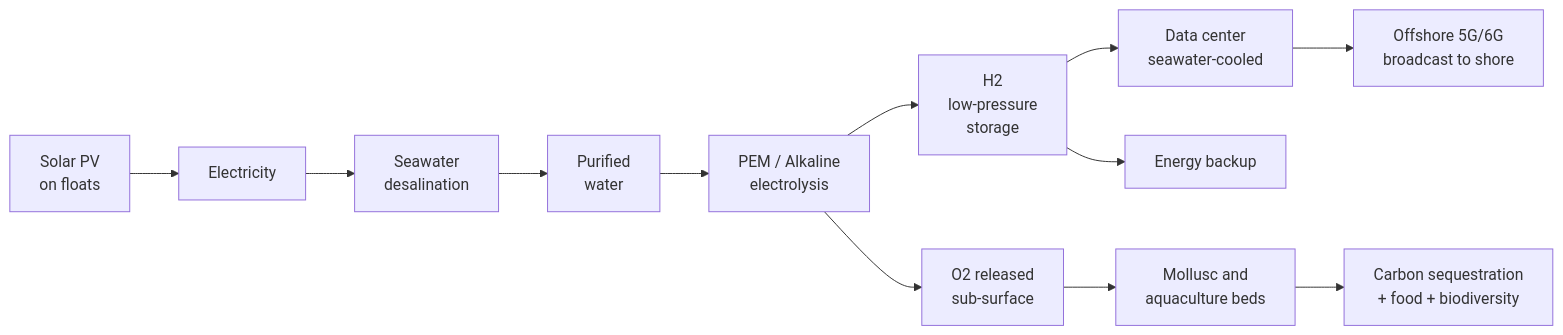
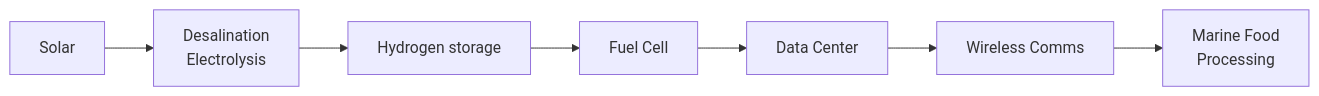
One commit to cesarharada/Floating-Solar-Hydrogen-Data-Center changed the first of 2 diagrams in README.md. Above: the diagram before and after it, drawn with Mermaid. The commit also changed other lines of this file, not shown here.

````diff
--- a/README.md
+++ b/README.md
@@ -102,14 +107,9 @@
 ```mermaid
 flowchart LR
-    A[Solar PV<br/>on floats] --> B[Electricity]
-    B --> C[Seawater<br/>desalination]
-    C --> D[Purified<br/>water]
-    D --> E[PEM / Alkaline<br/>electrolysis]
-    E --> F[H2<br/>low-pressure<br/>storage]
-    E --> G[O2 released<br/>sub-surface]
-    F --> H[Data center<br/>seawater-cooled]
-    F --> I[Energy backup]
-    H --> J[Offshore 5G/6G<br/>broadcast to shore]
-    G --> K[Mollusc and<br/>aquaculture beds]
-    K --> L[Carbon sequestration<br/>+ food + biodiversity]
+    A[Solar] --> B[Desalination <br/> Electrolysis]
+    B --> C[Hydrogen storage]
+    C --> D[Fuel Cell]
+    D --> E[Data Center]
+    E --> F[Wireless Comms]
+    F --> G[Marine Food <br/> Processing]
 ```
````
